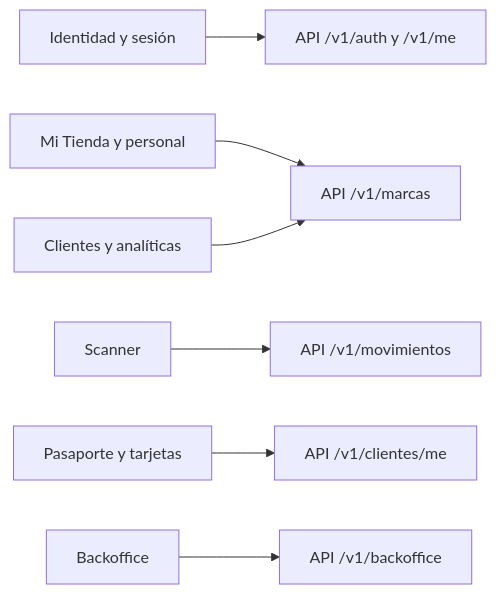
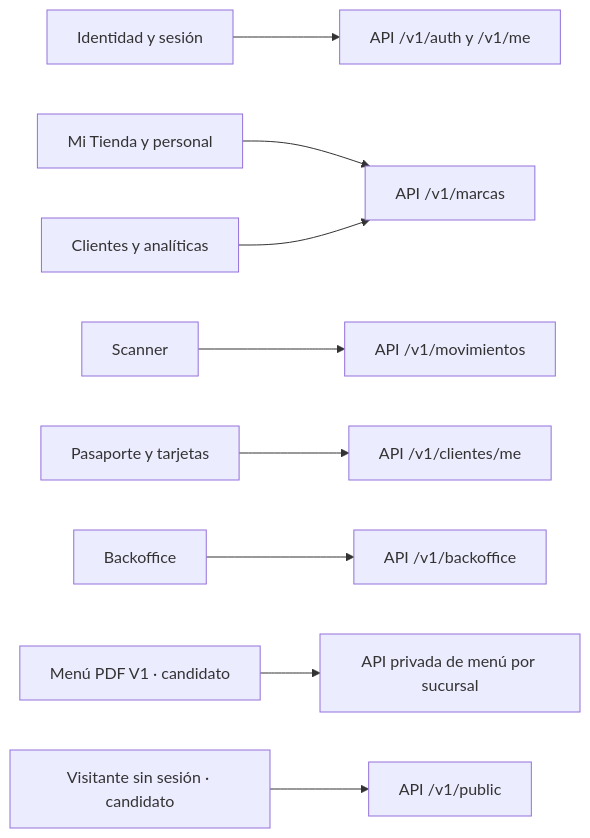
One commit to gagonzalez1/puntazo-docs changed the diagram in docs/data/03-integration-matrix.md. Above: the diagram before and after it, drawn with Mermaid. The commit also changed other lines of this file and 16 other files, not shown here.

Commit message:
docs: document verified PDF menu V1 in testing

````diff
--- a/docs/data/03-integration-matrix.md
+++ b/docs/data/03-integration-matrix.md
@@ -18,11 +18,14 @@
 ```mermaid
 flowchart LR
  AUTH[Identidad y sesión] --> A[API /v1/auth y /v1/me]
  M[Mi Tienda y personal] --> B[API /v1/marcas]
  C[Clientes y analíticas] --> B
  S[Scanner] --> O[API /v1/movimientos]
  Q[Pasaporte y tarjetas] --> D[API /v1/clientes/me]
  BO[Backoffice] --> E[API /v1/backoffice]
+ PDF[Menú PDF V1 · candidato] --> MP[API privada de menú por sucursal]
+ VIS[Visitante sin sesión · candidato] --> PU[API /v1/public]
  click S href "#/sequence-scan" "Ver confirmación"
  click BO href "#/backoffice-architecture" "Ver sesión interna"
+ click PDF href "#/flow-branch-menu-pdf" "Ver contrato PDF V1"
 ```
````
